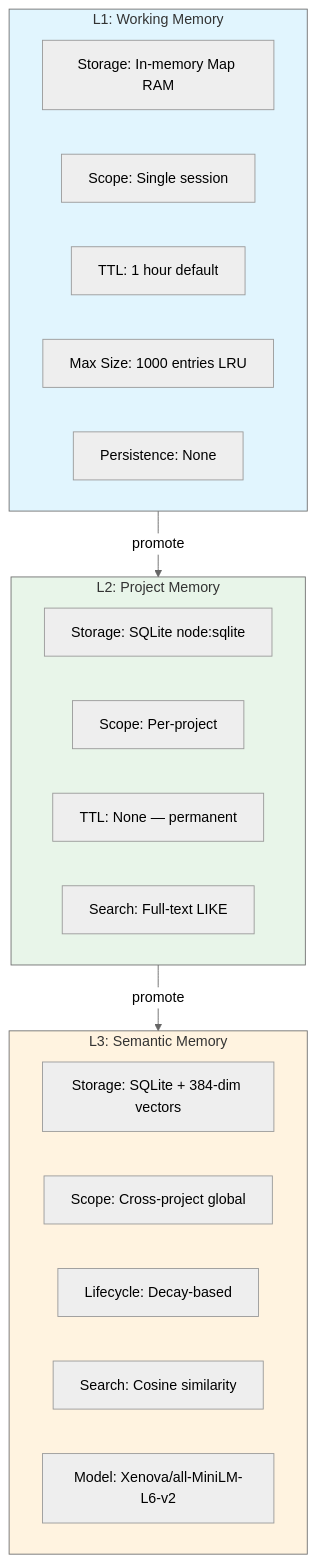
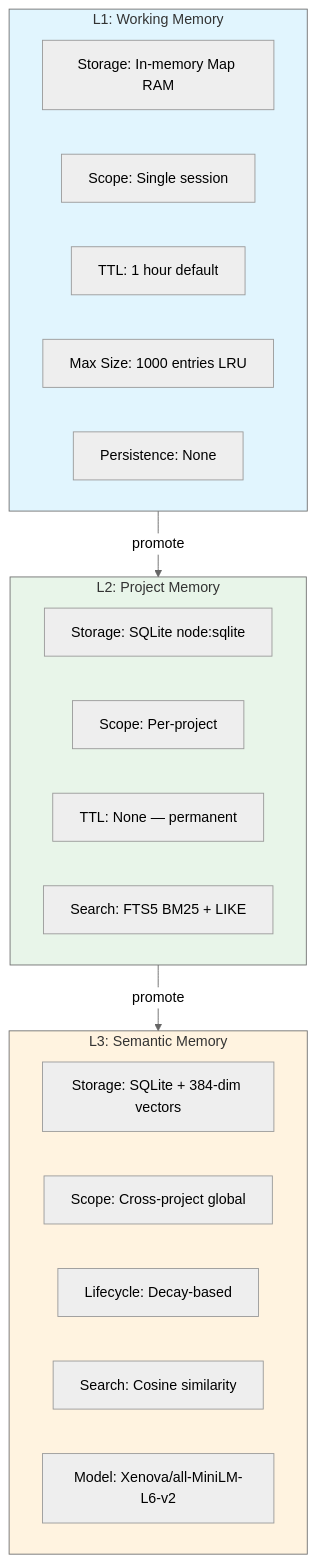
The second of 6 diagrams in docs/wiki/Memory-Types.md (Abaddollyon/context-fabric), drawn with Mermaid (neutral theme) before and after one commit. The commit also changed other lines of this file and 21 other files, not shown here.

````diff
--- a/docs/wiki/Memory-Types.md
+++ b/docs/wiki/Memory-Types.md
@@ -61,33 +61,33 @@
 ```mermaid
 flowchart TB
     subgraph L1["L1: Working Memory"]
         L1_STORE["Storage: In-memory Map RAM"]
         L1_SCOPE["Scope: Single session"]
         L1_TTL["TTL: 1 hour default"]
         L1_MAX["Max Size: 1000 entries LRU"]
         L1_PERSIST["Persistence: None"]
     end
     
     L1 -->|promote| L2
     
     subgraph L2["L2: Project Memory"]
         L2_STORE["Storage: SQLite node:sqlite"]
         L2_SCOPE["Scope: Per-project"]
         L2_TTL["TTL: None — permanent"]
-        L2_SEARCH["Search: Full-text LIKE"]
+        L2_SEARCH["Search: FTS5 BM25 + LIKE"]
     end
     
     L2 -->|promote| L3
     
     subgraph L3["L3: Semantic Memory"]
         L3_STORE["Storage: SQLite + 384-dim vectors"]
         L3_SCOPE["Scope: Cross-project global"]
         L3_DECAY["Lifecycle: Decay-based"]
         L3_SEARCH["Search: Cosine similarity"]
         L3_MODEL["Model: Xenova/all-MiniLM-L6-v2"]
     end
     
     style L1 fill:#e1f5fe
     style L2 fill:#e8f5e9
     style L3 fill:#fff3e0
 ```
````
